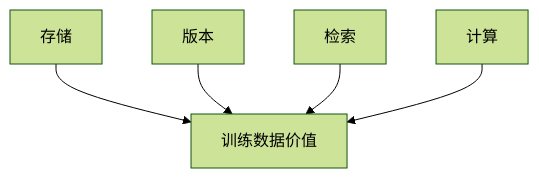
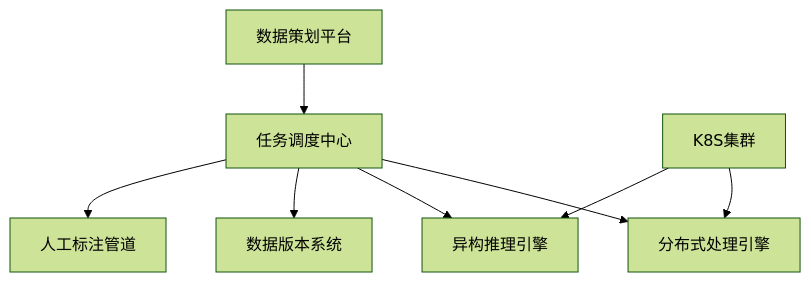
One commit to MagicFrogSJTU/work changed the tenth of 15 diagrams in technical_report/20260408-huawei_autonomous_driving_share/schema.md. Above: the diagram before and after it, drawn with Mermaid (forest theme). The commit also changed other lines of this file and 106 other files, not shown here.

````diff
--- a/technical_report/20260408-huawei_autonomous_driving_share/schema.md
+++ b/technical_report/20260408-huawei_autonomous_driving_share/schema.md
@@ -222,7 +210,17 @@
 ```mermaid
 flowchart TB
-    A[存储] --> E[训练数据价值]
-    B[版本] --> E
-    C[检索] --> E
-    D[计算] --> E
+    A[分布式处理引擎]
+    B[异构推理引擎]
+    C[任务调度中心]
+    D[数据版本系统]
+    E[人工标注管道]
+    F[数据策划平台]
+    G[K8S集群]
+    F --> C
+    C --> A
+    C --> B
+    C --> D
+    C --> E
+    G --> A
+    G --> B
 ```
````
